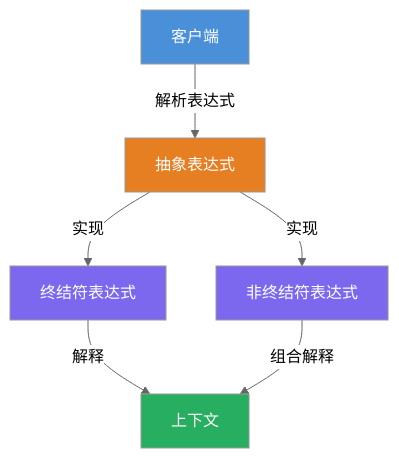
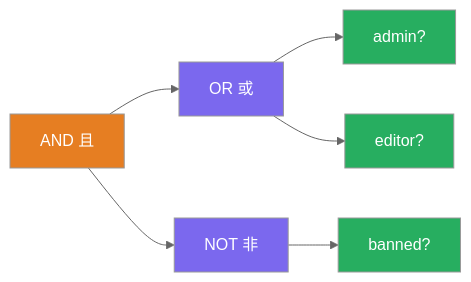
The third of 3 diagrams in InterpreterPattern/README.md (hollson/design_patterns), drawn with Mermaid (neutral theme) before and after one commit. The commit also changed other lines of this file and 16 other files, not shown here.

````diff
--- a/InterpreterPattern/README.md
+++ b/InterpreterPattern/README.md
@@ -27,14 +124,15 @@
 ```mermaid
-flowchart TD
-    A["客户端"] -->|"解析表达式"| B["抽象表达式"]
-    B -->|"实现"| C["终结符表达式"]
-    B -->|"实现"| D["非终结符表达式"]
-    C -->|"解释"| E["上下文"]
-    D -->|"组合解释"| E
+flowchart LR
+    AND["AND 且"] --> OR["OR 或"]
+    AND --> NOT["NOT 非"]
+    OR --> R1["admin?"]
+    OR --> R2["editor?"]
+    NOT --> R3["banned?"]
 
-    style A fill:#4A90D9,color:#fff
-    style B fill:#E67E22,color:#fff
-    style C fill:#7B68EE,color:#fff
-    style D fill:#7B68EE,color:#fff
-    style E fill:#27AE60,color:#fff
+    style AND fill:#E67E22,color:#fff
+    style OR fill:#7B68EE,color:#fff
+    style NOT fill:#7B68EE,color:#fff
+    style R1 fill:#27AE60,color:#fff
+    style R2 fill:#27AE60,color:#fff
+    style R3 fill:#27AE60,color:#fff
 ```
````
